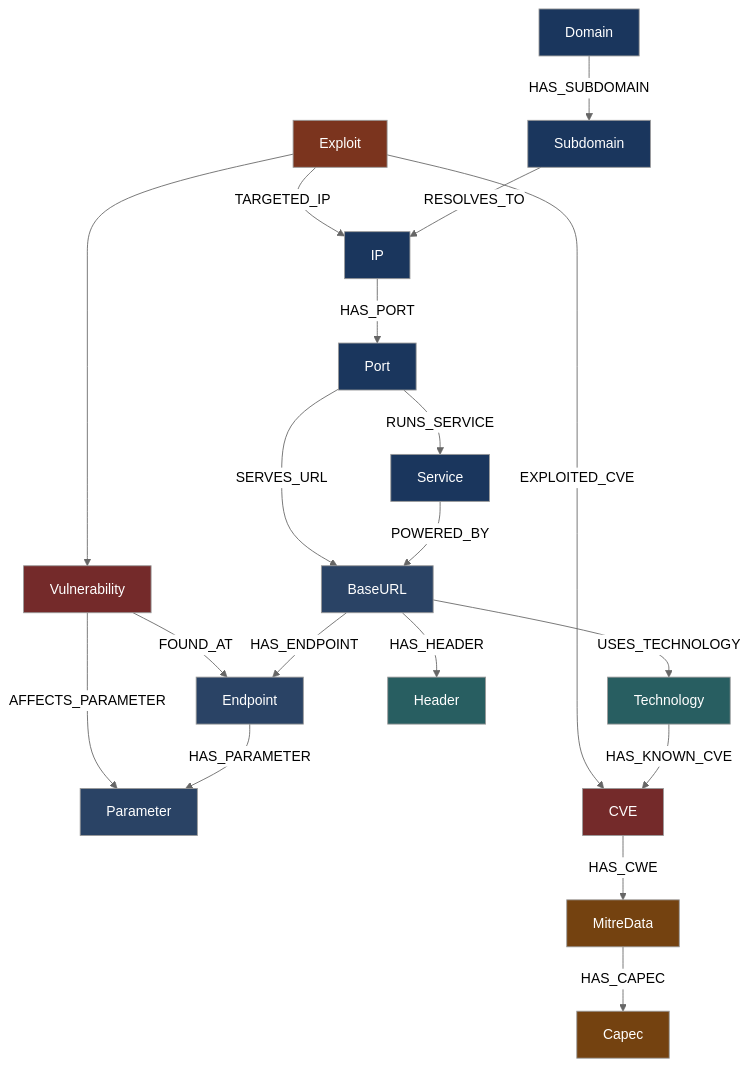
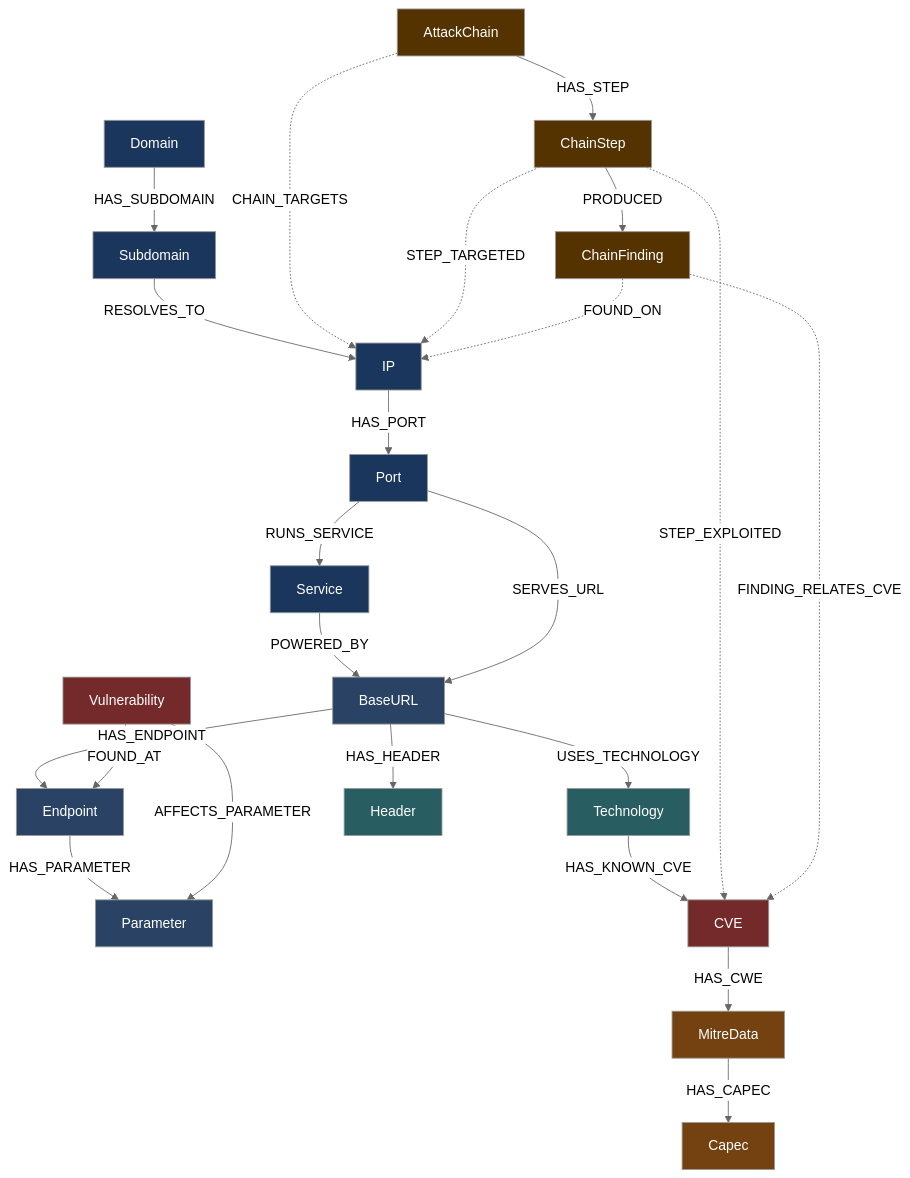
The first of 8 diagrams in README.md (michelabboud/redamon), drawn with Mermaid (neutral theme) before and after one commit. The commit also changed other lines of this file and 21 other files, not shown here.

First line of the commit message:
doc: Add EvoGraph (Evolutive Attack Chain Graph) documentation

````diff
--- a/README.md
+++ b/README.md
@@ -641,37 +643,44 @@
 ```mermaid
 flowchart TB
     Domain -->|HAS_SUBDOMAIN| Subdomain
     Subdomain -->|RESOLVES_TO| IP
     IP -->|HAS_PORT| Port
     Port -->|RUNS_SERVICE| Service
     Service -->|POWERED_BY| BaseURL
     Port -->|SERVES_URL| BaseURL
     BaseURL -->|HAS_ENDPOINT| Endpoint
     BaseURL -->|USES_TECHNOLOGY| Technology
     BaseURL -->|HAS_HEADER| Header
     Endpoint -->|HAS_PARAMETER| Parameter
     Technology -->|HAS_KNOWN_CVE| CVE
     CVE -->|HAS_CWE| MitreData
     MitreData -->|HAS_CAPEC| Capec
     Vulnerability -->|FOUND_AT| Endpoint
     Vulnerability -->|AFFECTS_PARAMETER| Parameter
-    Exploit -->|EXPLOITED_CVE| CVE
-    Exploit -->|TARGETED_IP| IP
-    Exploit --> Vulnerability
+
+    AttackChain -->|HAS_STEP| ChainStep
+    ChainStep -->|PRODUCED| ChainFinding
+    AttackChain -.->|CHAIN_TARGETS| IP
+    ChainStep -.->|STEP_TARGETED| IP
+    ChainStep -.->|STEP_EXPLOITED| CVE
+    ChainFinding -.->|FOUND_ON| IP
+    ChainFinding -.->|FINDING_RELATES_CVE| CVE
 
     style Domain fill:#1a365d,color:#fff
     style Subdomain fill:#1a365d,color:#fff
     style IP fill:#1a365d,color:#fff
     style Port fill:#1a365d,color:#fff
     style Service fill:#1a365d,color:#fff
     style BaseURL fill:#2a4365,color:#fff
     style Endpoint fill:#2a4365,color:#fff
     style Parameter fill:#2a4365,color:#fff
     style Technology fill:#285e61,color:#fff
     style Header fill:#285e61,color:#fff
     style CVE fill:#742a2a,color:#fff
     style Vulnerability fill:#742a2a,color:#fff
     style MitreData fill:#744210,color:#fff
     style Capec fill:#744210,color:#fff
-    style Exploit fill:#7b341e,color:#fff
+    style AttackChain fill:#553300,color:#fff
+    style ChainStep fill:#553300,color:#fff
+    style ChainFinding fill:#553300,color:#fff
 ```
````
